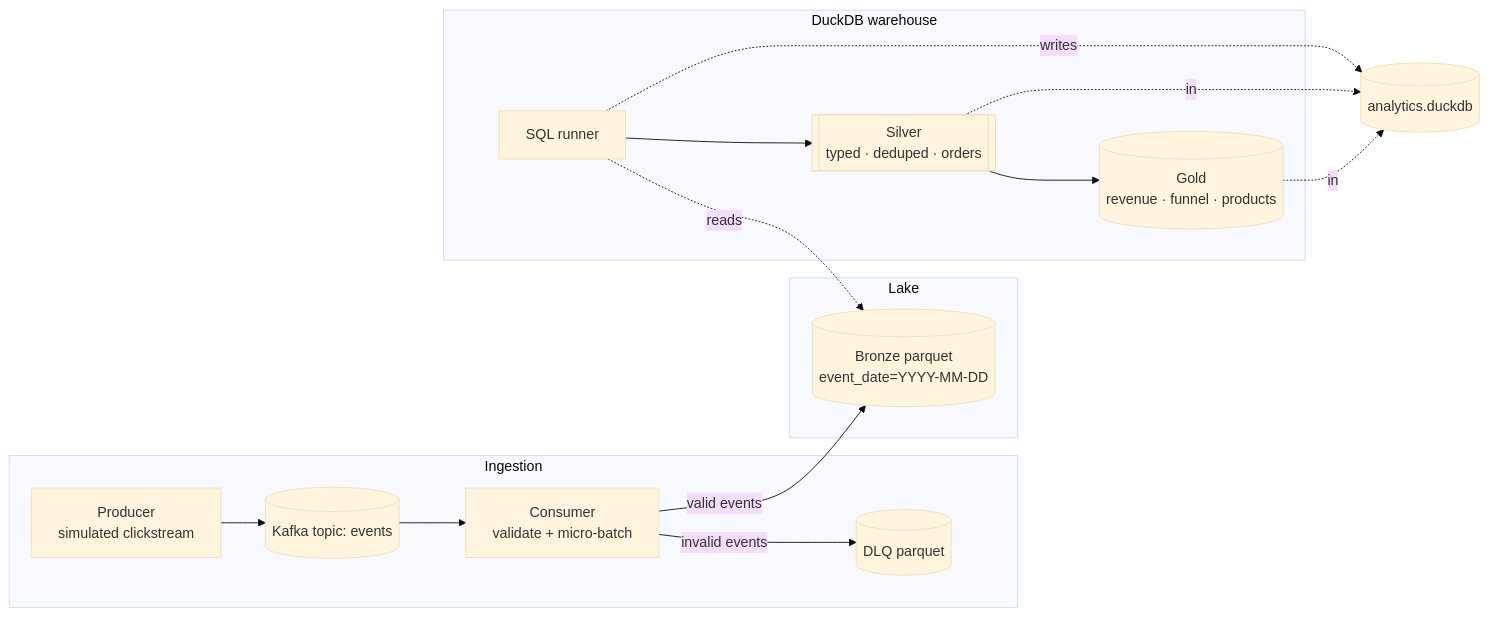
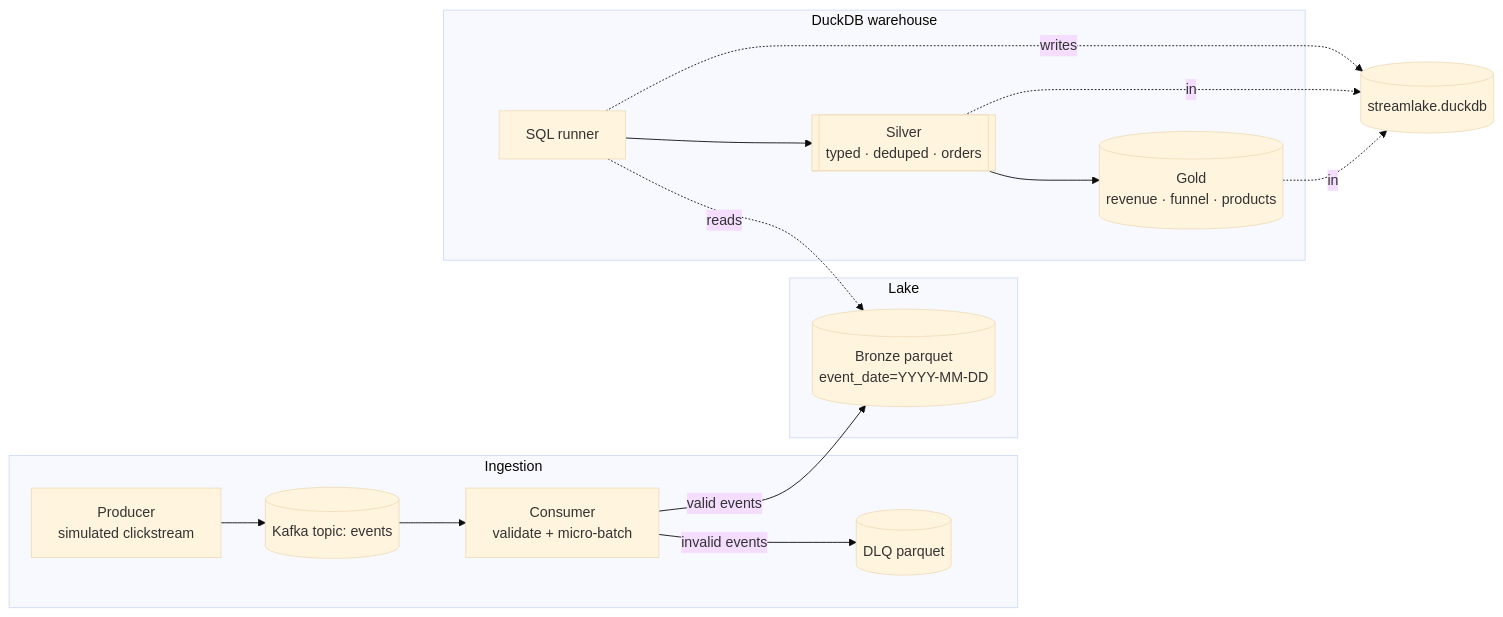
Before and after one commit to KhalidKhan541/streamlake: the diagram in README.md, drawn with Mermaid (base theme). The commit also changed other lines of this file and 5 other files, not shown here.

Commit message:
fix: avoid DuckDB catalog and schema name collision

````diff
--- a/README.md
+++ b/README.md
@@ -37,22 +37,22 @@
 ```mermaid
 flowchart LR
     subgraph ingest [Ingestion]
         P[Producer<br/>simulated clickstream] --> K[(Kafka topic: events)]
         K --> C[Consumer<br/>validate + micro-batch]
         C -->|invalid events| D[(DLQ parquet)]
     end
 
     subgraph lake [Lake]
         C -->|valid events| B[(Bronze parquet<br/>event_date=YYYY-MM-DD)]
     end
 
     subgraph warehouse [DuckDB warehouse]
         T[SQL runner] -.reads.-> B
         T --> S[[Silver<br/>typed · deduped · orders]]
         S --> G[(Gold<br/>revenue · funnel · products)]
     end
 
-    T -.writes.-> W[(analytics.duckdb)]
+    T -.writes.-> W[(streamlake.duckdb)]
     S -.in.-> W
     G -.in.-> W
 ```
````
